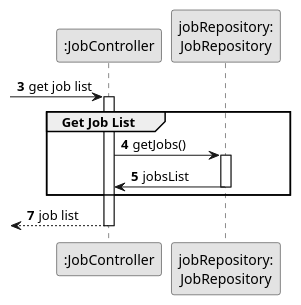
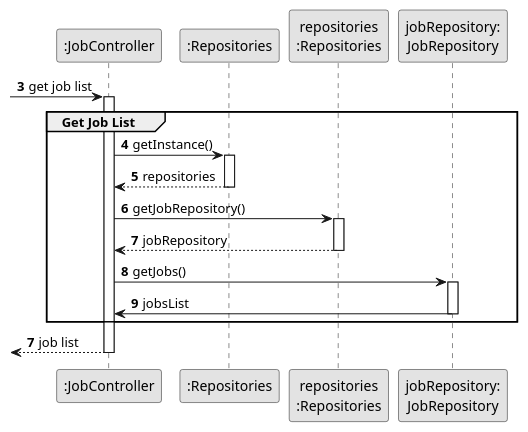
One commit to RicardoMorim/lapr2-ISEP-Project changed the diagram in docs/sprintB/us003/03.design/puml/us003-sequence-diagram-partial-get-job-list.puml. Above: the diagram before and after it, drawn with PlantUML.

Commit message:
Corrected design of US003 (sequence-diagram-partial-get-job-list)

```diff
--- a/docs/sprintB/us003/03.design/puml/us003-sequence-diagram-partial-get-job-list.puml
+++ b/docs/sprintB/us003/03.design/puml/us003-sequence-diagram-partial-get-job-list.puml
@@ -1,31 +1,46 @@
 @startuml
 skinparam monochrome true
 skinparam packageStyle rectangle
 skinparam shadowing false
 
 
 
 participant ":JobController" as JC
 participant "jobRepository:\nJobRepository" as jobRepository
+participant ":JobController" as JC
+participant ":Repositories" as GlobRepo
+participant "repositories\n:Repositories" as PLAT
+participant "jobRepository:\nJobRepository" as jobRepository
 
 
 autonumber 3
 -> JC : get job list
 autonumber 4
 activate JC
 
     group Get Job List
-        JC -> jobRepository: getJobs()
 
-        activate jobRepository
+        JC -> GlobRepo : getInstance()
+            activate GlobRepo
 
-        jobRepository -> JC: jobsList
-        deactivate jobRepository
+            GlobRepo --> JC : repositories
+            deactivate GlobRepo
 
+            JC -> PLAT : getJobRepository()
+            activate PLAT
+
+            PLAT -->  JC: jobRepository
+            deactivate PLAT
+
+            JC -> jobRepository : getJobs()
+            activate jobRepository
+
+            jobRepository -> JC : jobsList
+            deactivate jobRepository
 
     end
     autonumber 7
     <-- JC : job list
 deactivate JC
 
 @enduml
```
